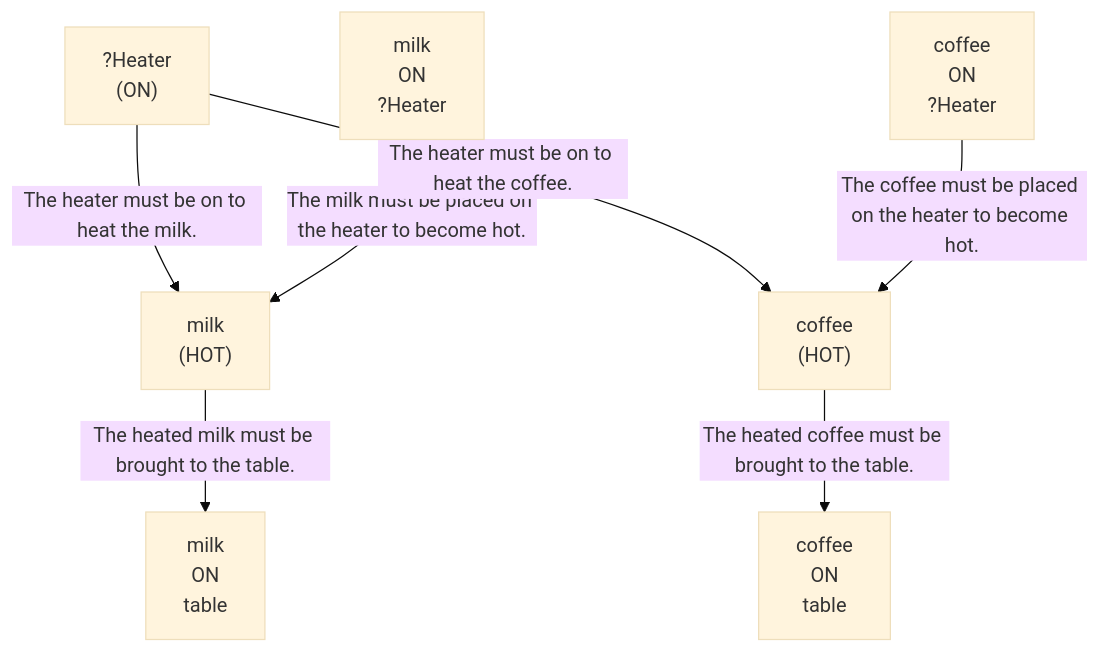
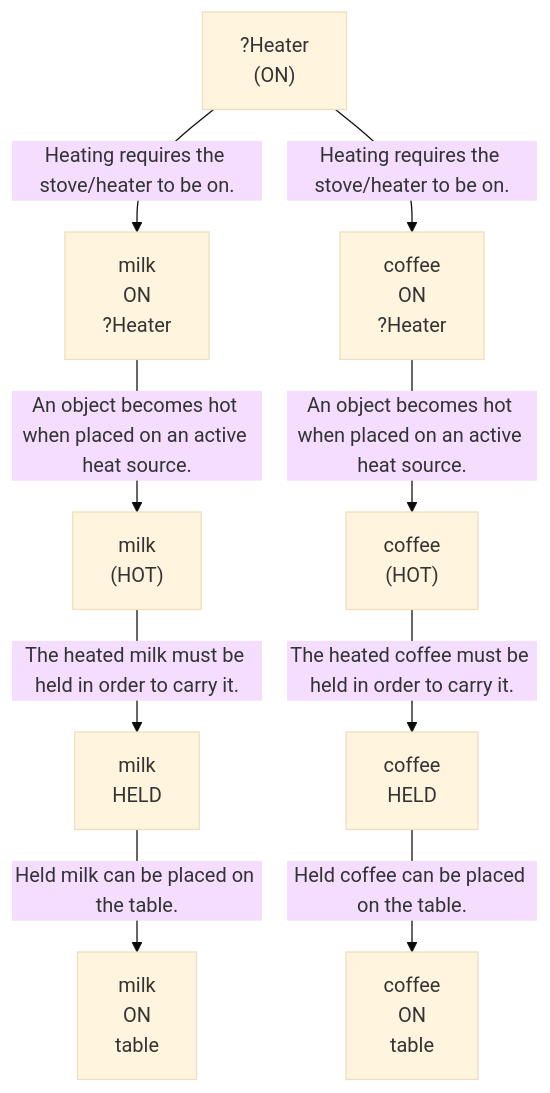
One commit to scuama/virtualhome changed the third of 3 diagrams in evaluation/results/table3/robostate/runs/without_goal_reasoning/G3_15/run_T3_without_goal_reasoning_G3_15.md. Above: the diagram before and after it, drawn with Mermaid (base theme). The commit also changed other lines of this file and 507 other files, not shown here.

````diff
--- a/evaluation/results/table3/robostate/runs/without_goal_reasoning/G3_15/run_T3_without_goal_reasoning_G3_15.md
+++ b/evaluation/results/table3/robostate/runs/without_goal_reasoning/G3_15/run_T3_without_goal_reasoning_G3_15.md
@@ -112,16 +120,20 @@
 ```mermaid
 graph TD
     N1["?Heater<br>(ON)"]
     N2["milk<br>ON<br>?Heater"]
     N3["milk<br>(HOT)"]
     N4["coffee<br>ON<br>?Heater"]
     N5["coffee<br>(HOT)"]
-    N6["milk<br>ON<br>table"]
-    N7["coffee<br>ON<br>table"]
-    N1 -->|"The heater must be on to heat the milk."| N3
-    N2 -->|"The milk must be placed on the heater to become hot."| N3
-    N1 -->|"The heater must be on to heat the coffee."| N5
-    N4 -->|"The coffee must be placed on the heater to become hot."| N5
-    N3 -->|"The heated milk must be brought to the table."| N6
-    N5 -->|"The heated coffee must be brought to the table."| N7
+    N6["milk<br>HELD<br>"]
+    N7["coffee<br>HELD<br>"]
+    N8["milk<br>ON<br>table"]
+    N9["coffee<br>ON<br>table"]
+    N1 -->|"Heating requires the stove/heater to be on."| N2
+    N2 -->|"An object becomes hot when placed on an active heat source."| N3
+    N1 -->|"Heating requires the stove/heater to be on."| N4
+    N4 -->|"An object becomes hot when placed on an active heat source."| N5
+    N3 -->|"The heated milk must be held in order to carry it."| N6
+    N5 -->|"The heated coffee must be held in order to carry it."| N7
+    N6 -->|"Held milk can be placed on the table."| N8
+    N7 -->|"Held coffee can be placed on the table."| N9
 ```
````
